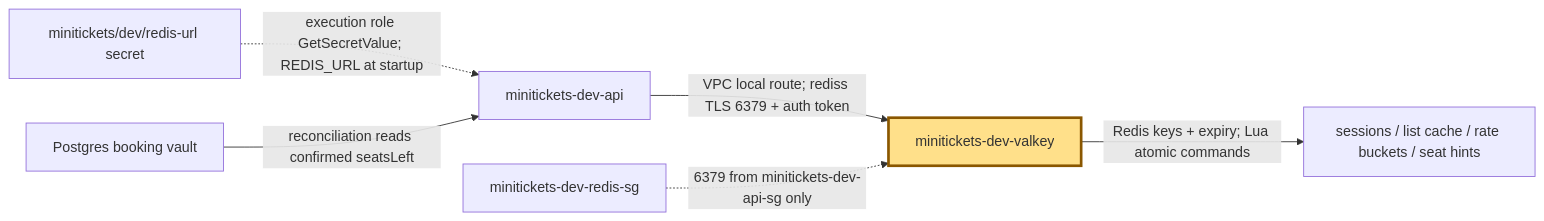
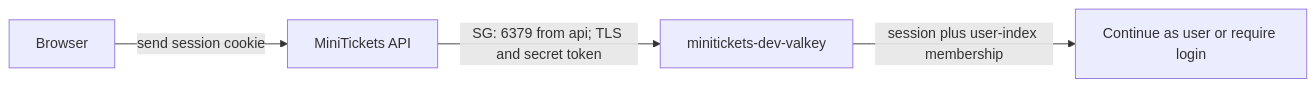
Before and after one commit to maheshnd/minitickets: the diagram in docs/handbook/concepts/elasticache-valkey.md, drawn with Mermaid. The commit also changed other lines of this file and 39 other files, not shown here.

````diff
--- a/docs/handbook/concepts/elasticache-valkey.md
+++ b/docs/handbook/concepts/elasticache-valkey.md
@@ -13,10 +17,6 @@
 ```mermaid
 flowchart LR
-    A["minitickets-dev-api"] -->|"VPC local route; rediss TLS 6379 + auth token"| V["minitickets-dev-valkey"]
-    SG["minitickets-dev-redis-sg"] -.->|"6379 from minitickets-dev-api-sg only"| V
-    S["minitickets/dev/redis-url secret"] -.->|"execution role GetSecretValue; REDIS_URL at startup"| A
-    V -->|"Redis keys + expiry; Lua atomic commands"| K["sessions / list cache / rate buckets / seat hints"]
-    D["Postgres booking vault"] -->|"reconciliation reads confirmed seatsLeft"| A
-    classDef focus fill:#ffe08a,stroke:#8a5700,stroke-width:3px
-    class V focus
+    browser["Browser"] -->|"send session cookie"| api["MiniTickets API"]
+    api -->|"SG: 6379 from api; TLS and secret token"| cache["minitickets-dev-valkey"]
+    cache -->|"session plus user-index membership"| decision["Continue as user or require login"]
 ```
````
